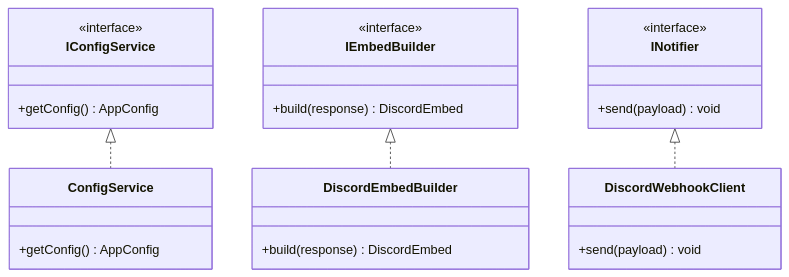
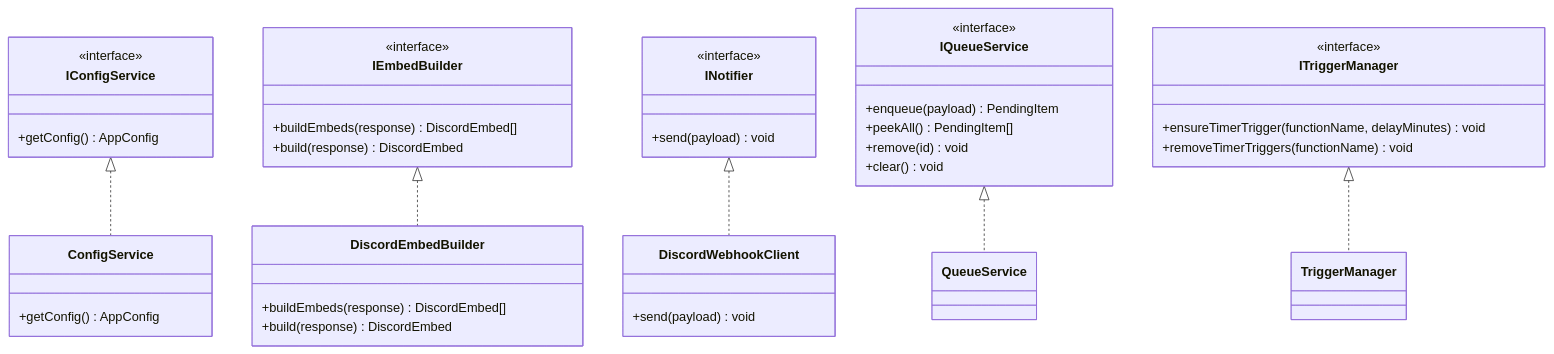
Before and after one commit to TORO-Server/Ban-Appeal-Notifier: the diagram in ARCHITECTURE.md, drawn with Mermaid. The commit also changed other lines of this file and 1 other file, not shown here.

Commit message:
docs: plain wording; ARCHITECTURE matches queue and trigger code (#3)

````diff
--- a/ARCHITECTURE.md
+++ b/ARCHITECTURE.md
@@ -18,28 +18,46 @@
 ```mermaid
 classDiagram
     class IConfigService {
         <<interface>>
         +getConfig() AppConfig
     }
     class ConfigService {
         +getConfig() AppConfig
     }
     class IEmbedBuilder {
         <<interface>>
+        +buildEmbeds(response) DiscordEmbed[]
         +build(response) DiscordEmbed
     }
     class DiscordEmbedBuilder {
+        +buildEmbeds(response) DiscordEmbed[]
         +build(response) DiscordEmbed
     }
     class INotifier {
         <<interface>>
         +send(payload) void
     }
     class DiscordWebhookClient {
         +send(payload) void
     }
+    class IQueueService {
+        <<interface>>
+        +enqueue(payload) PendingItem
+        +peekAll() PendingItem[]
+        +remove(id) void
+        +clear() void
+    }
+    class QueueService
+    class ITriggerManager {
+        <<interface>>
+        +ensureTimerTrigger(functionName, delayMinutes) void
+        +removeTimerTriggers(functionName) void
+    }
+    class TriggerManager
 
     IConfigService <|.. ConfigService
     IEmbedBuilder <|.. DiscordEmbedBuilder
     INotifier <|.. DiscordWebhookClient
+    IQueueService <|.. QueueService
+    ITriggerManager <|.. TriggerManager
 ```
````
